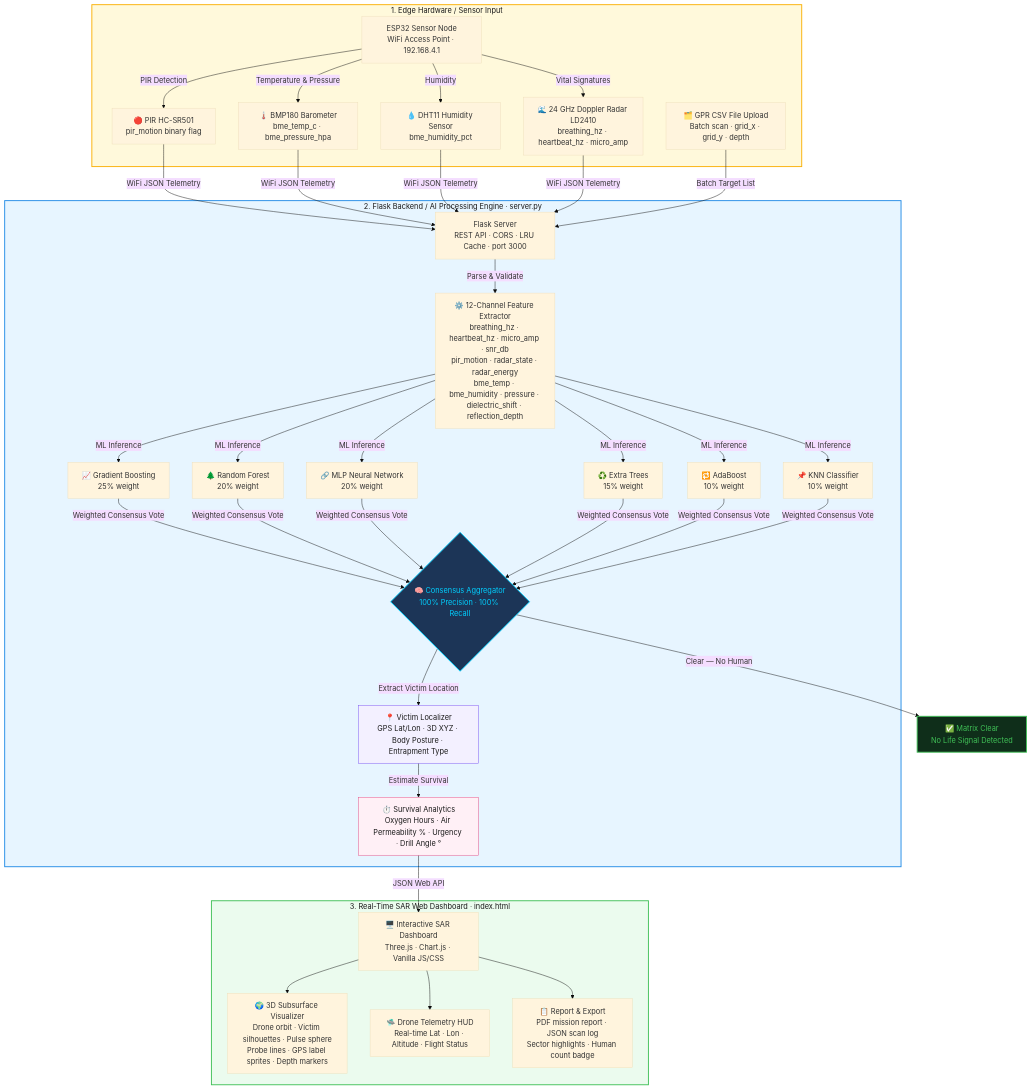
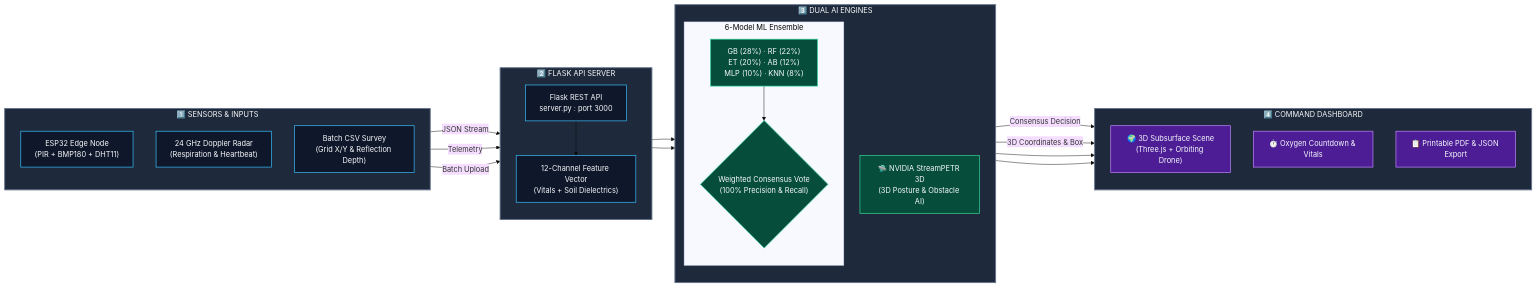
One commit to Mohilc/intershipproject changed the first of 2 diagrams in README.md. Above: the diagram before and after it, drawn with Mermaid (base theme). The commit also changed other lines of this file, not shown here.

Commit message:
docs: improve README, remove GPR references and enhance workflow diagram

````diff
--- a/README.md
+++ b/README.md
@@ -49,45 +55,55 @@
 ```mermaid
-flowchart TD
-    subgraph EDGE ["1. Edge Hardware / Sensor Input"]
-        A1["ESP32 Sensor Node\nWiFi Access Point · 192.168.4.1"]
-        A1 -->|"PIR Detection"| S1["🔴 PIR HC-SR501\npir_motion binary flag"]
-        A1 -->|"Temperature & Pressure"| S2["🌡️ BMP180 Barometer\nbme_temp_c · bme_pressure_hpa"]
-        A1 -->|"Humidity"| S3["💧 DHT11 Humidity Sensor\nbme_humidity_pct"]
-        A1 -->|"Vital Signatures"| S4["🌊 24 GHz Doppler Radar LD2410\nbreathing_hz · heartbeat_hz · micro_amp"]
-        CSV["🗂️ GPR CSV File Upload\nBatch scan · grid_x · grid_y · depth"]
+flowchart LR
+    subgraph ST1 ["1️⃣ SENSORS & INPUTS"]
+        direction TB
+        E["ESP32 Edge Node\n(PIR + BMP180 + DHT11)"]
+        R["24 GHz Doppler Radar\n(Respiration & Heartbeat)"]
+        C["Batch CSV Survey\n(Grid X/Y & Reflection Depth)"]
     end
 
-    subgraph BACKEND ["2. Flask Backend / AI Processing Engine  ·  server.py"]
-        B["Flask Server\nREST API · CORS · LRU Cache · port 3000"]
-        B -->|"Parse & Validate"| FE["⚙️ 12-Channel Feature Extractor\nbreathing_hz · heartbeat_hz · micro_amp · snr_db\npir_motion · radar_state · radar_energy\nbme_temp · bme_humidity · pressure · dielectric_shift · reflection_depth"]
-        FE -->|"ML Inference"| GB["📈 Gradient Boosting\n25% weight"]
-        FE -->|"ML Inference"| RF["🌲 Random Forest\n20% weight"]
-        FE -->|"ML Inference"| MLP["🔗 MLP Neural Network\n20% weight"]
-        FE -->|"ML Inference"| ET["♻️ Extra Trees\n15% weight"]
-        FE -->|"ML Inference"| AB["🔁 AdaBoost\n10% weight"]
-        FE -->|"ML Inference"| KNN["📌 KNN Classifier\n10% weight"]
-        GB & RF & MLP & ET & AB & KNN -->|"Weighted Consensus Vote"| CV{"🧠 Consensus Aggregator\n100% Precision · 100% Recall"}
-        CV -->|"Extract Victim Location"| LOC["📍 Victim Localizer\nGPS Lat/Lon · 3D XYZ · Body Posture · Entrapment Type"]
-        LOC -->|"Estimate Survival"| OXY["⏱️ Survival Analytics\nOxygen Hours · Air Permeability % · Urgency · Drill Angle °"]
+    subgraph ST2 ["2️⃣ FLASK API SERVER"]
+        direction TB
+        S["Flask REST API\nserver.py : port 3000"]
+        F["12-Channel Feature Vector\n(Vitals + Soil Dielectrics)"]
+        S --> F
     end
 
-    subgraph DASHBOARD ["3. Real-Time SAR Web Dashboard  ·  index.html"]
-        D["🖥️ Interactive SAR Dashboard\nThree.js · Chart.js · Vanilla JS/CSS"]
-        D --> V3D["🌍 3D Subsurface Visualizer\nDrone orbit · Victim silhouettes · Pulse sphere\nProbe lines · GPS label sprites · Depth markers"]
-        D --> HUD["🛸 Drone Telemetry HUD\nReal-time Lat · Lon · Altitude · Flight Status"]
-        D --> RPT["📋 Report & Export\nPDF mission report · JSON scan log\nSector highlights · Human count badge"]
+    subgraph ST3 ["3️⃣ DUAL AI ENGINES"]
+        direction TB
+        subgraph ENS ["6-Model ML Ensemble"]
+            ML["GB (28%) · RF (22%)\nET (20%) · AB (12%)\nMLP (10%) · KNN (8%)"]
+            V{"Weighted Consensus Vote\n(100% Precision & Recall)"}
+            ML --> V
+        end
+        SP["🛸 NVIDIA StreamPETR 3D\n(3D Posture & Obstacle AI)"]
     end
 
-    S1 & S2 & S3 & S4 -->|"WiFi JSON Telemetry"| B
-    CSV -->|"Batch Target List"| B
-    CV -->|"Clear — No Human"| CLR["✅ Matrix Clear\nNo Life Signal Detected"]
-    OXY -->|"JSON Web API"| D
+    subgraph ST4 ["4️⃣ COMMAND DASHBOARD"]
+        direction TB
+        D3["🌍 3D Subsurface Scene\n(Three.js + Orbiting Drone)"]
+        VIT["⏱️ Oxygen Countdown & Vitals"]
+        RPT["📋 Printable PDF & JSON Export"]
+    end
 
-    style EDGE      fill:#fff9db,stroke:#fab005,stroke-width:2px,color:#1a1a1a
-    style BACKEND   fill:#e7f5ff,stroke:#228be6,stroke-width:2px,color:#1a1a1a
-    style DASHBOARD fill:#ebfbee,stroke:#40c057,stroke-width:2px,color:#1a1a1a
-    style CV        fill:#1c3557,color:#00cfff,stroke:#00cfff,stroke-width:2px
-    style CLR       fill:#0f2e1a,color:#40c057,stroke:#40c057,stroke-width:2px
-    style LOC       fill:#f3f0ff,stroke:#7950f2,color:#1a1a1a
-    style OXY       fill:#fff0f6,stroke:#e64980,color:#1a1a1a
+    E -->|"JSON Stream"| S
+    R -->|"Telemetry"| S
+    C -->|"Batch Upload"| S
+
+    F --> ENS
+    F --> SP
+
+    V -->|"Consensus Decision"| D3
+    SP -->|"3D Coordinates & Box"| D3
+    V --> VIT
+    V --> RPT
+
+    classDef stage fill:#1e293b,stroke:#64748b,stroke-width:2px,color:#f8fafc;
+    classDef nodeStyle fill:#0f172a,stroke:#38bdf8,stroke-width:1.5px,color:#f8fafc;
+    classDef aiStyle fill:#064e3b,stroke:#34d399,stroke-width:1.5px,color:#f8fafc;
+    classDef dashStyle fill:#4c1d95,stroke:#c084fc,stroke-width:1.5px,color:#f8fafc;
+
+    class ST1,ST2,ST3,ST4 stage;
+    class E,R,C,S,F nodeStyle;
+    class ML,V,SP aiStyle;
+    class D3,VIT,RPT dashStyle;
 ```
````
